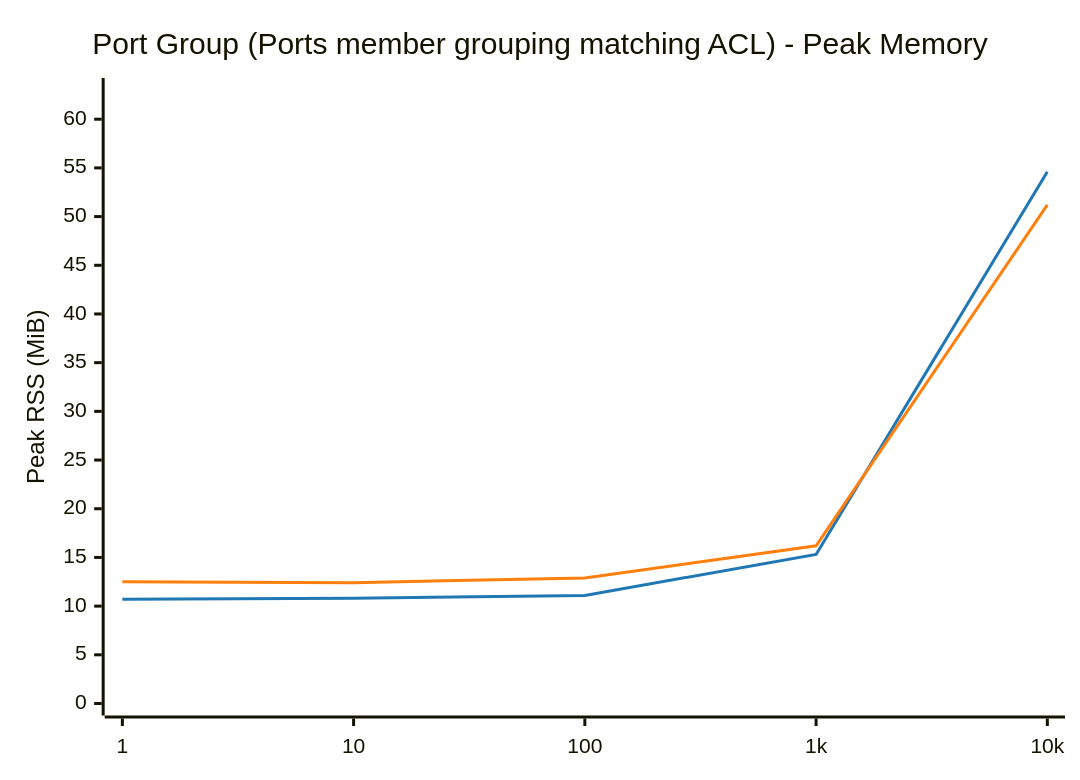
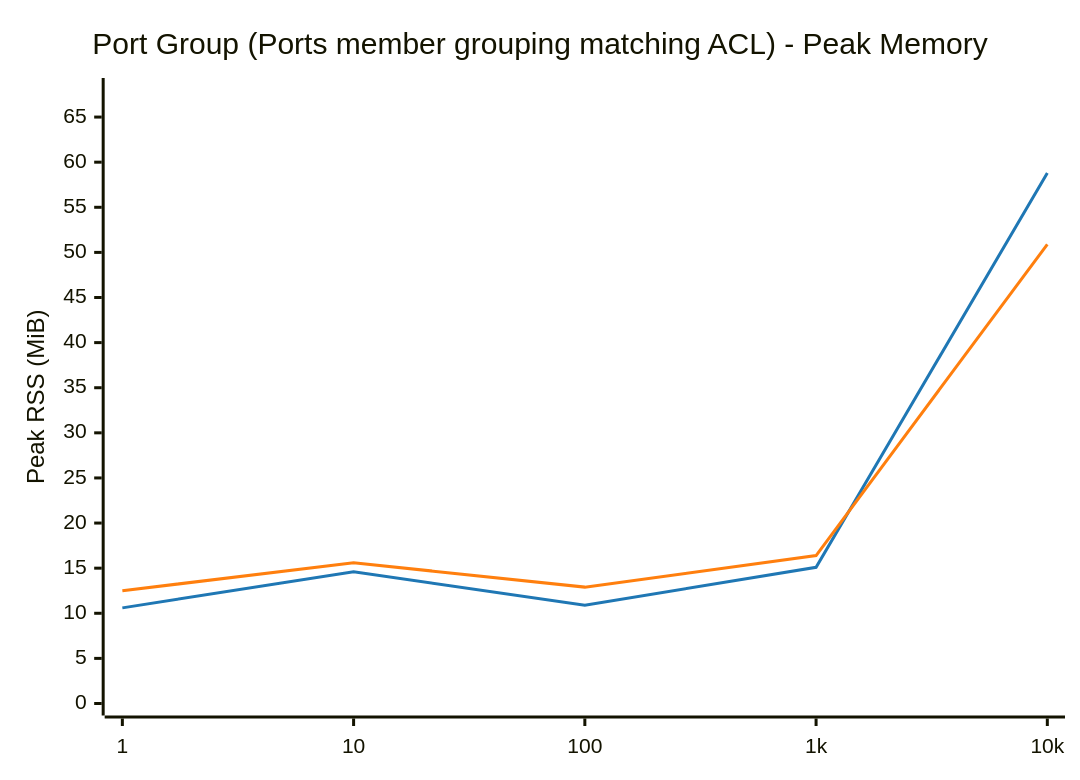
One commit to LionelJouin/ovs-ovn-bench changed the eighth of 14 diagrams in results/BENCHMARK_REPORT.md. Above: the diagram before and after it, drawn with Mermaid. The commit also changed other lines of this file and 4 other files, not shown here.

````diff
--- a/results/BENCHMARK_REPORT.md
+++ b/results/BENCHMARK_REPORT.md
@@ -381,14 +387,14 @@
 ```mermaid
 ---
 config:
     themeVariables:
         xyChart:
             plotColorPalette: "#1f77b4, #ff7f0e"
 ---
 xychart-beta
     title "Port Group (Ports member grouping matching ACL) - Peak Memory"
     x-axis ["1", "10", "100", "1k", "10k"]
-    y-axis "Peak RSS (MiB)" 0 --> 63
-    line "glibc malloc" [10.7, 10.8, 11.1, 15.3, 54.6]
-    line "jemalloc" [12.5, 12.4, 12.9, 16.2, 51.2]
+    y-axis "Peak RSS (MiB)" 0 --> 68
+    line "glibc malloc" [10.6, 14.6, 10.9, 15.1, 58.8]
+    line "jemalloc" [12.5, 15.6, 12.9, 16.4, 50.9]
 ```
````
